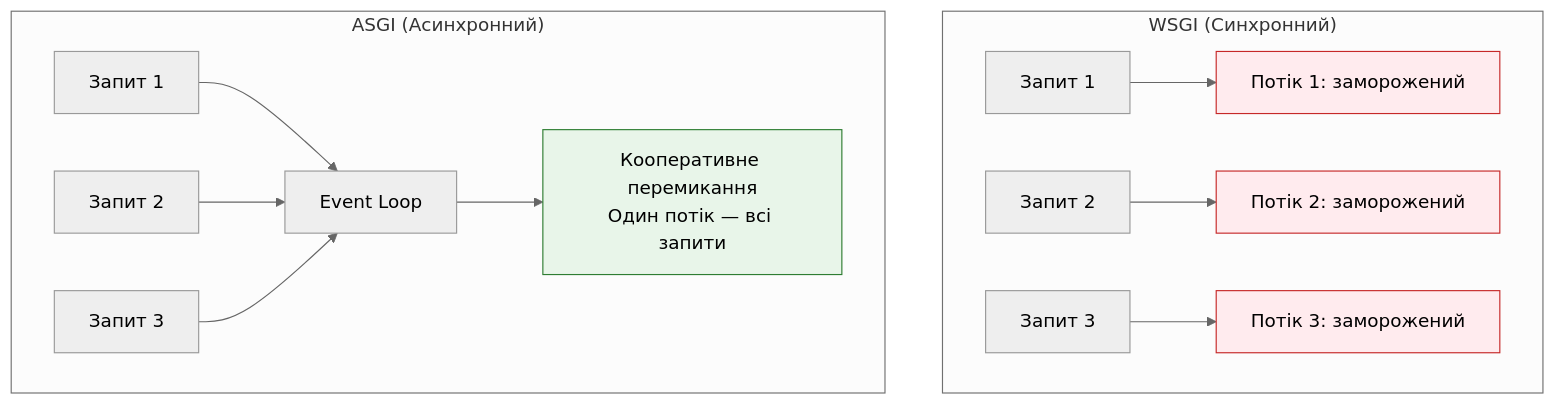
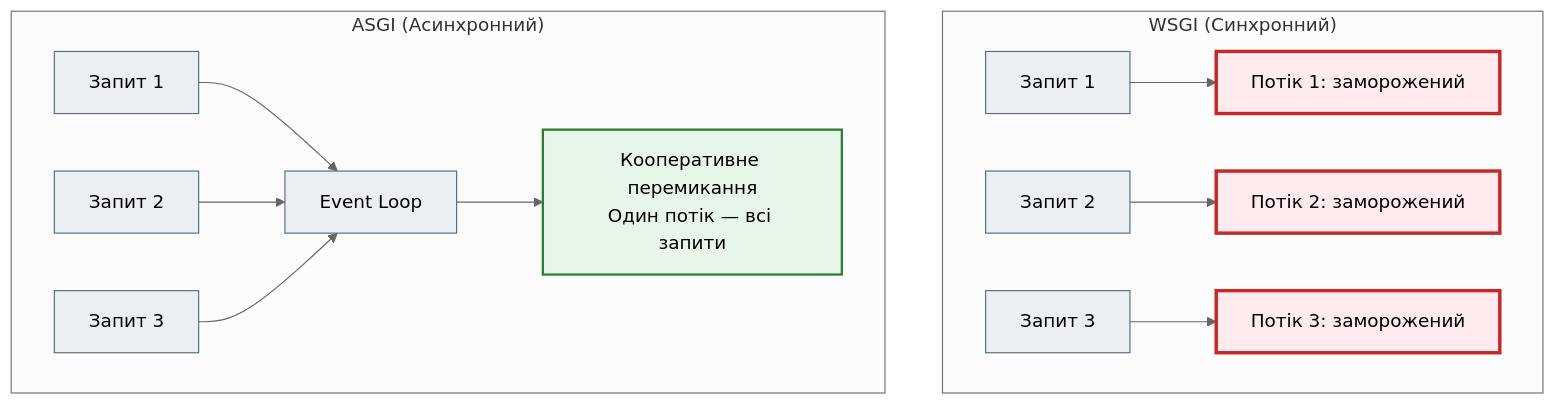
Before and after one commit to NikoriakViktot/notes_chat_app: the first of 2 diagrams in docs/09_async_and_realtime/async_03_asgi_full.md, drawn with Mermaid (neutral theme). The commit also changed other lines of this file and 441 other files, not shown here.

First line of the commit message:
Add English version of the book, Mermaid standard, docs fixes

````diff
--- a/docs/09_async_and_realtime/async_03_asgi_full.md
+++ b/docs/09_async_and_realtime/async_03_asgi_full.md
@@ -69,20 +69,22 @@
 ```mermaid
 graph TD
     subgraph WSGI ["WSGI (Синхронний)"]
         A1[Запит 1] --> B1[Потік 1: заморожений]
         A2[Запит 2] --> B2[Потік 2: заморожений]
         A3[Запит 3] --> B3[Потік 3: заморожений]
     end
 
     subgraph ASGI ["ASGI (Асинхронний)"]
         C1[Запит 1] --> EL[Event Loop]
         C2[Запит 2] --> EL
         C3[Запит 3] --> EL
-        EL --> D[Кооперативне перемикання\nОдин потік — всі запити]
+        EL --> D["Кооперативне перемикання<br>Один потік — всі запити"]
     end
 
-    style B1 fill:#ffebee,stroke:#c62828
-    style B2 fill:#ffebee,stroke:#c62828
-    style B3 fill:#ffebee,stroke:#c62828
-    style D fill:#e8f5e9,stroke:#2e7d32
+    classDef step     fill:#eceff1,stroke:#546e7a,stroke-width:1px;
+    classDef success  fill:#e8f5e9,stroke:#2e7d32,stroke-width:2px;
+    classDef error    fill:#ffebee,stroke:#c62828,stroke-width:3px;
+    class A1,A2,A3,C1,C2,C3,EL step;
+    class B1,B2,B3 error;
+    class D success;
 ```
````
